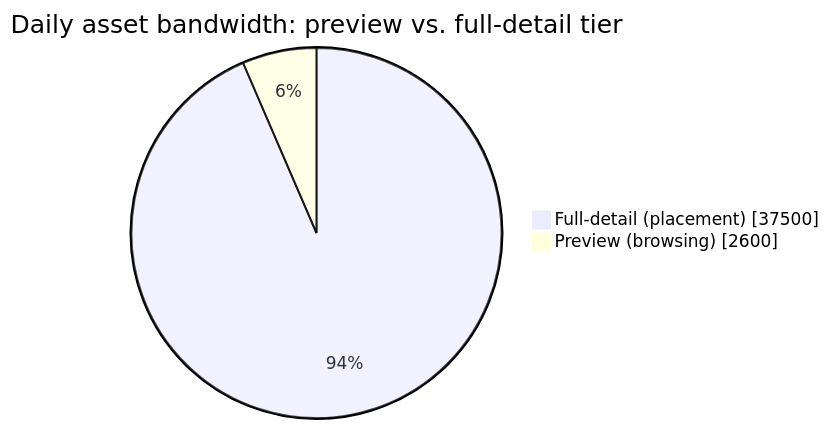
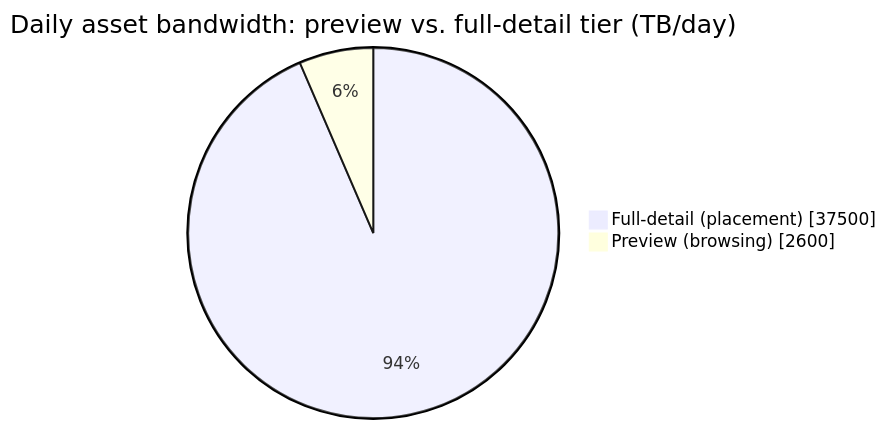
The fourth of 14 diagrams in system-design/HLD/0-course/54-Design-an-AR-Virtual-Furniture-Placement-System-FAANG-Guide-story.md (riyaz-pasha/Learnings), drawn with Mermaid before and after one commit. The commit also changed other lines of this file and 1 other file, not shown here.

Commit message:
[REWRITE] AR Virtual Furniture Placement story guide: simplify prose, add structure, fix diagrams

````diff
--- a/system-design/HLD/0-course/54-Design-an-AR-Virtual-Furniture-Placement-System-FAANG-Guide-story.md
+++ b/system-design/HLD/0-course/54-Design-an-AR-Virtual-Furniture-Placement-System-FAANG-Guide-story.md
@@ -103,6 +218,6 @@
 ```mermaid
 pie showData
-    title Daily asset bandwidth: preview vs. full-detail tier
+    title Daily asset bandwidth: preview vs. full-detail tier (TB/day)
     "Full-detail (placement)" : 37500
     "Preview (browsing)" : 2600
 ```
````
